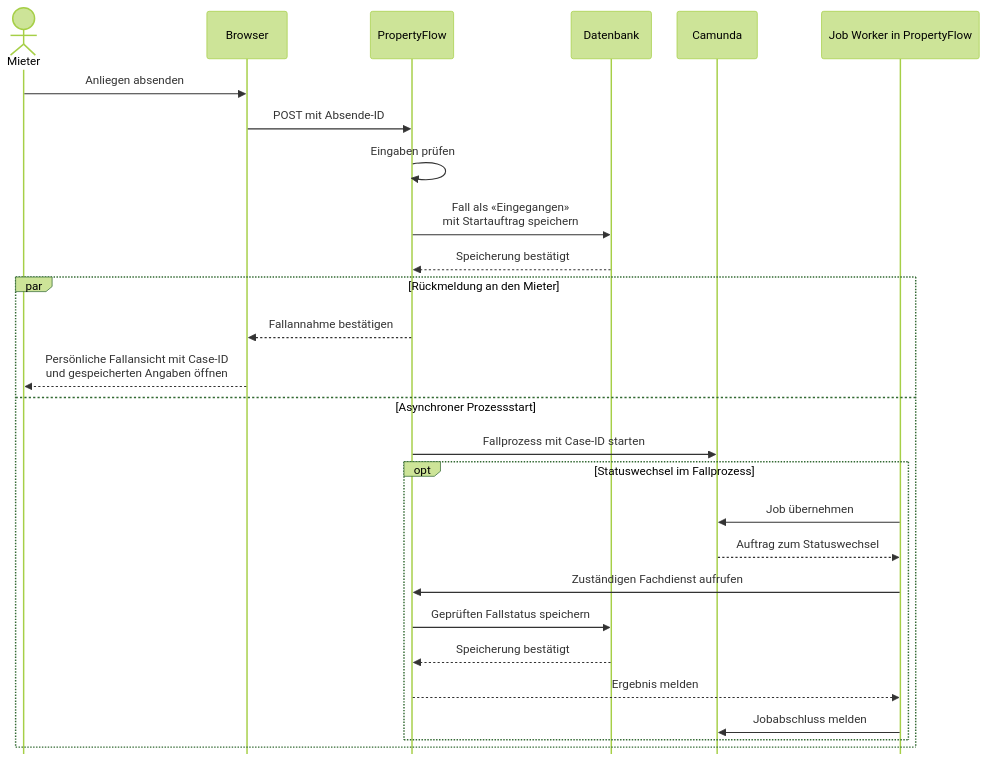
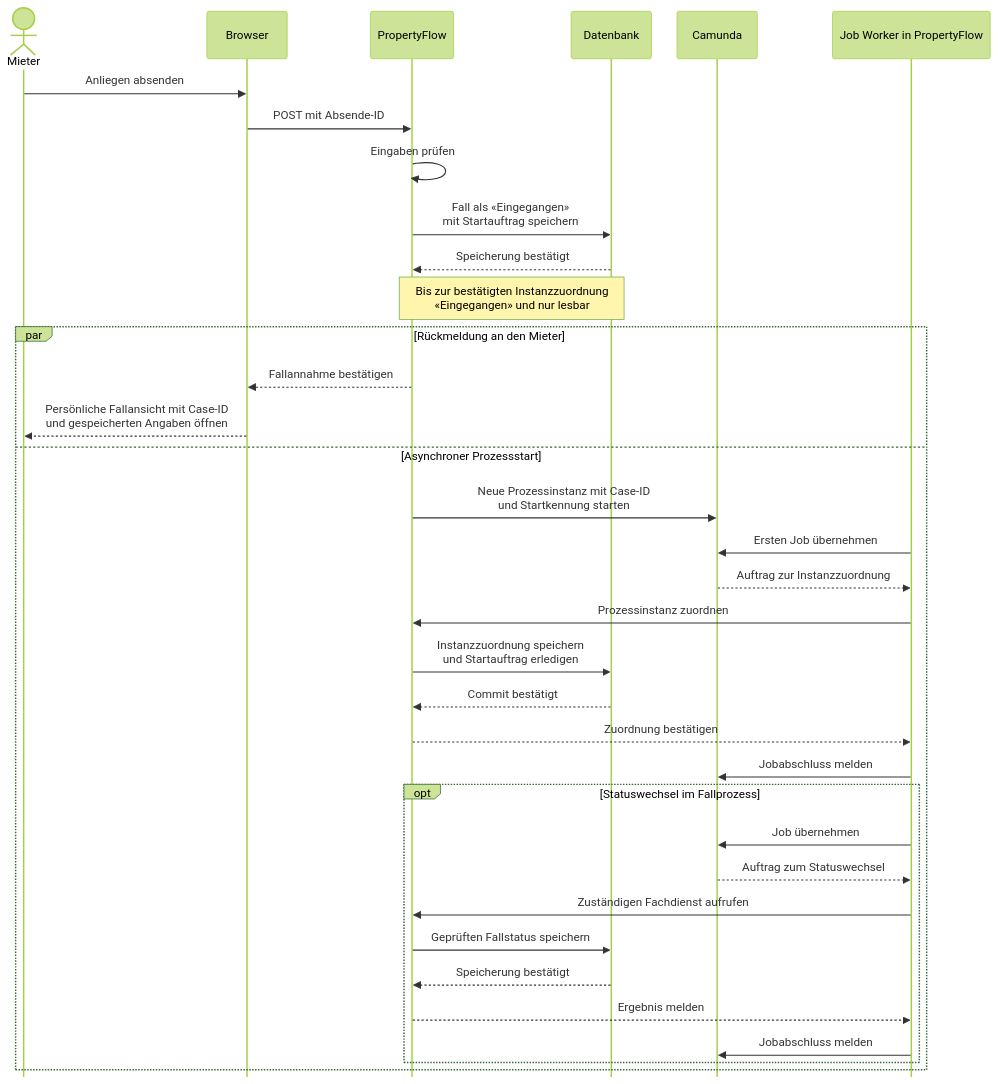
The second of 2 diagrams in docs/use_cases/UC-001-mieteranliegen-einreichen.md (permarco/propertyflow), drawn with Mermaid (forest theme) before and after one commit. The commit also changed other lines of this file and 20 other files, not shown here.

````diff
--- a/docs/use_cases/UC-001-mieteranliegen-einreichen.md
+++ b/docs/use_cases/UC-001-mieteranliegen-einreichen.md
@@ -55,37 +56,45 @@
 ```mermaid
 ---
 config:
   sequence:
     actorMargin: 35
     mirrorActors: false
     width: 110
 ---
 sequenceDiagram
     actor M as Mieter
     participant B as Browser
     participant PF as PropertyFlow
     participant DB as Datenbank
     participant C as Camunda
     participant W as Job Worker in PropertyFlow
 
     M->>B: Anliegen absenden
     B->>PF: POST mit Absende-ID
     PF->>PF: Eingaben prüfen
     PF->>DB: Fall als «Eingegangen»<br/>mit Startauftrag speichern
     DB-->>PF: Speicherung bestätigt
+    Note over PF,DB: Bis zur bestätigten Instanzzuordnung<br/>«Eingegangen» und nur lesbar
     par Rückmeldung an den Mieter
         PF-->>B: Fallannahme bestätigen
         B-->>M: Persönliche Fallansicht mit Case-ID<br/>und gespeicherten Angaben öffnen
     and Asynchroner Prozessstart
-        PF->>C: Fallprozess mit Case-ID starten
+        PF->>C: Neue Prozessinstanz mit Case-ID<br/>und Startkennung starten
+        W->>C: Ersten Job übernehmen
+        C-->>W: Auftrag zur Instanzzuordnung
+        W->>PF: Prozessinstanz zuordnen
+        PF->>DB: Instanzzuordnung speichern<br/>und Startauftrag erledigen
+        DB-->>PF: Commit bestätigt
+        PF-->>W: Zuordnung bestätigen
+        W->>C: Jobabschluss melden
         opt Statuswechsel im Fallprozess
             W->>C: Job übernehmen
             C-->>W: Auftrag zum Statuswechsel
             W->>PF: Zuständigen Fachdienst aufrufen
             PF->>DB: Geprüften Fallstatus speichern
             DB-->>PF: Speicherung bestätigt
             PF-->>W: Ergebnis melden
             W->>C: Jobabschluss melden
         end
     end
 ```
````
